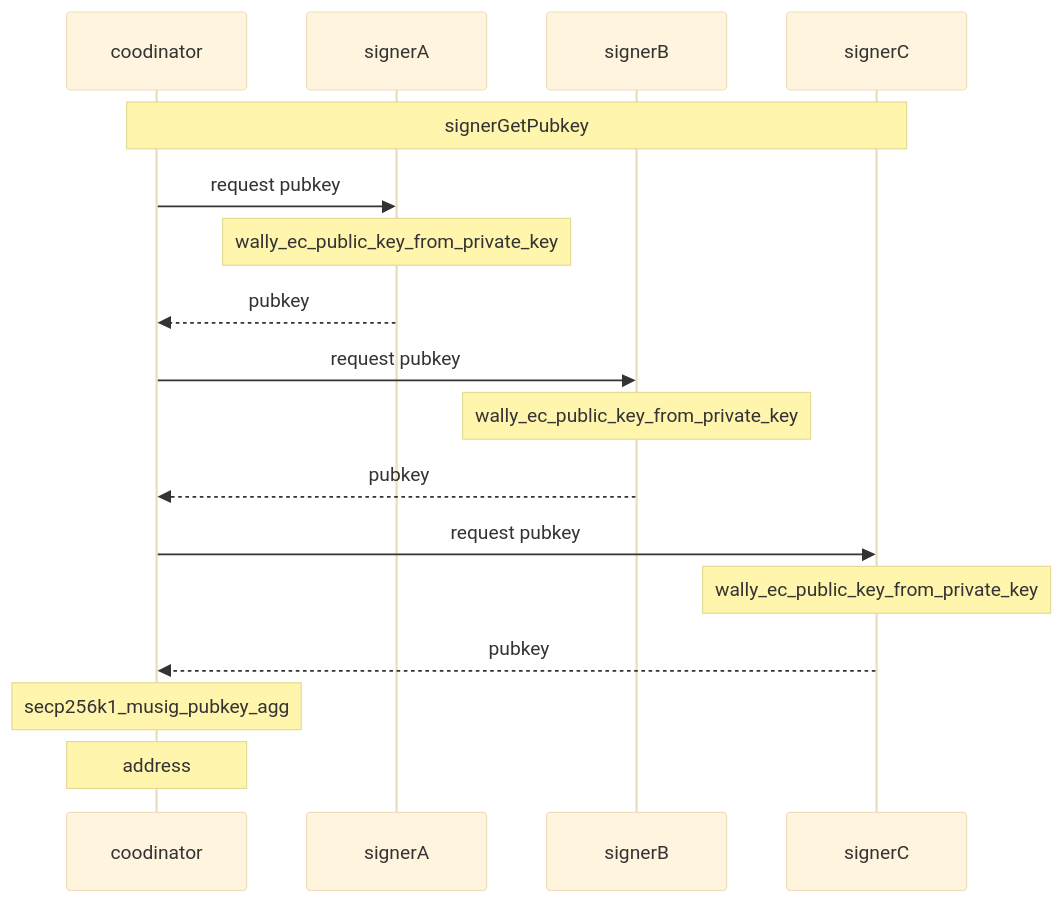
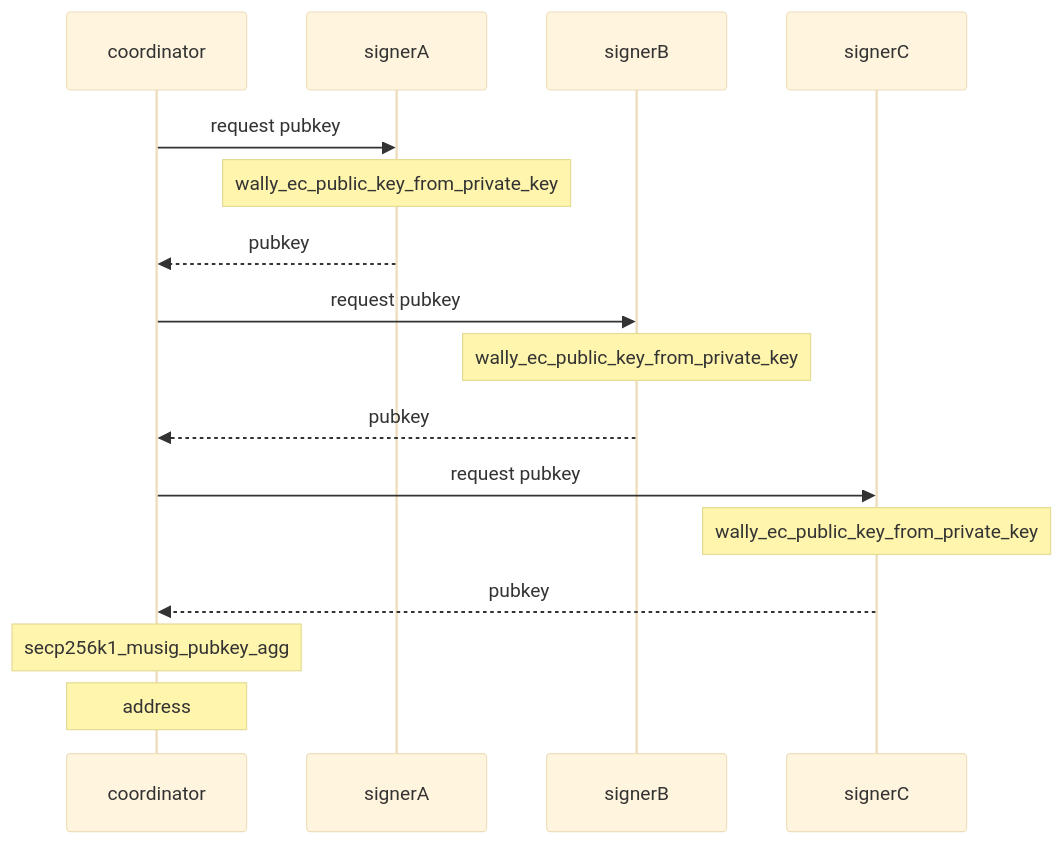
One commit to hirokuma/c-musig2 changed the first of 2 diagrams in README.md. Above: the diagram before and after it, drawn with Mermaid (base theme). The commit also changed other lines of this file and 5 other files, not shown here.

````diff
--- a/README.md
+++ b/README.md
@@ -61,24 +61,22 @@
 ```mermaid
 sequenceDiagram
-  participant coodinator
+  participant coordinator
   participant signerA
   participant signerB
   participant signerC
 
-  Note over coodinator,signerC: signerGetPubkey
+  coordinator->>signerA: request pubkey
+  Note over signerA: wally_ec_public_key_from_private_key
+  signerA -->>coordinator: pubkey
   
-  coodinator->>signerA: request pubkey
-  Note over signerA: wally_ec_public_key_from_private_key
-  signerA -->>coodinator: pubkey
+  coordinator->>signerB: request pubkey
+  Note over signerB: wally_ec_public_key_from_private_key
+  signerB -->>coordinator: pubkey
   
-  coodinator->>signerB: request pubkey
-  Note over signerB: wally_ec_public_key_from_private_key
-  signerB -->>coodinator: pubkey
-  
-  coodinator->>signerC: request pubkey
+  coordinator->>signerC: request pubkey
   Note over signerC: wally_ec_public_key_from_private_key
-  signerC -->>coodinator: pubkey
+  signerC -->>coordinator: pubkey
 
-  Note over coodinator: secp256k1_musig_pubkey_agg
-  Note over coodinator: address
+  Note over coordinator: secp256k1_musig_pubkey_agg
+  Note over coordinator: address
 ```
````
